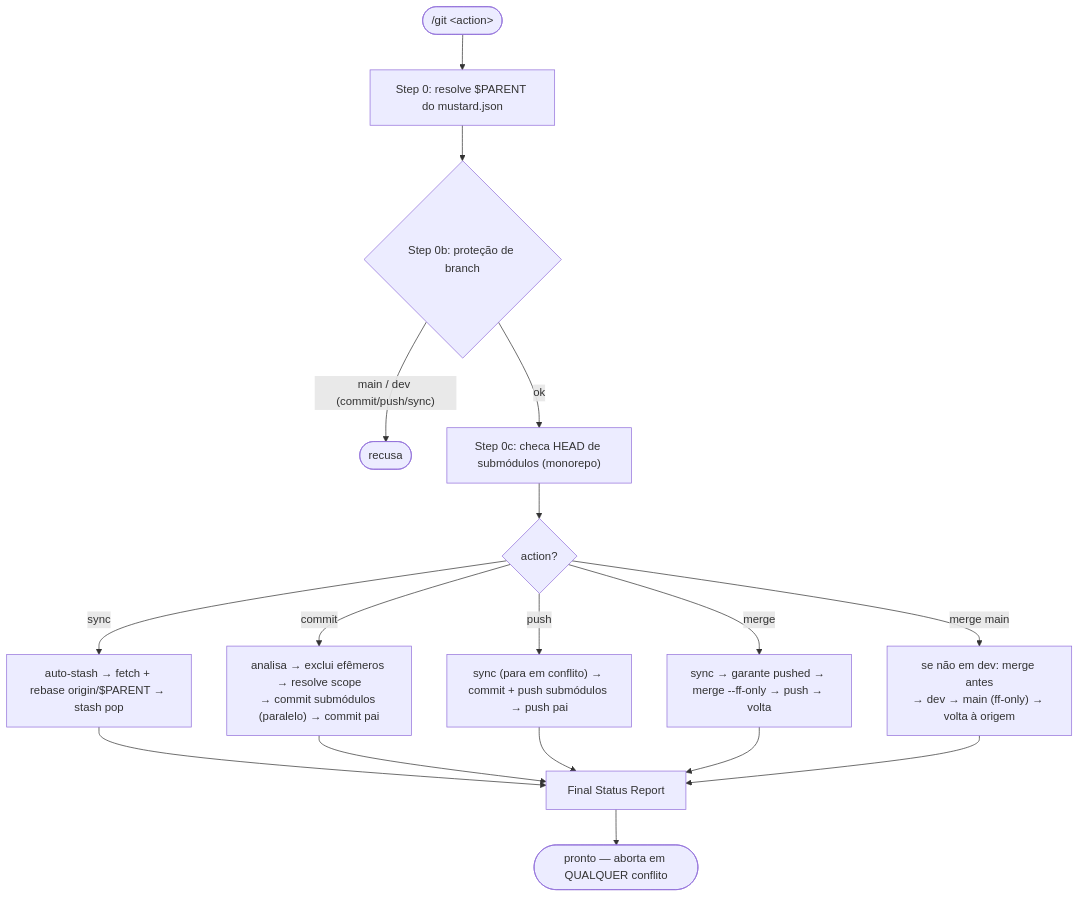
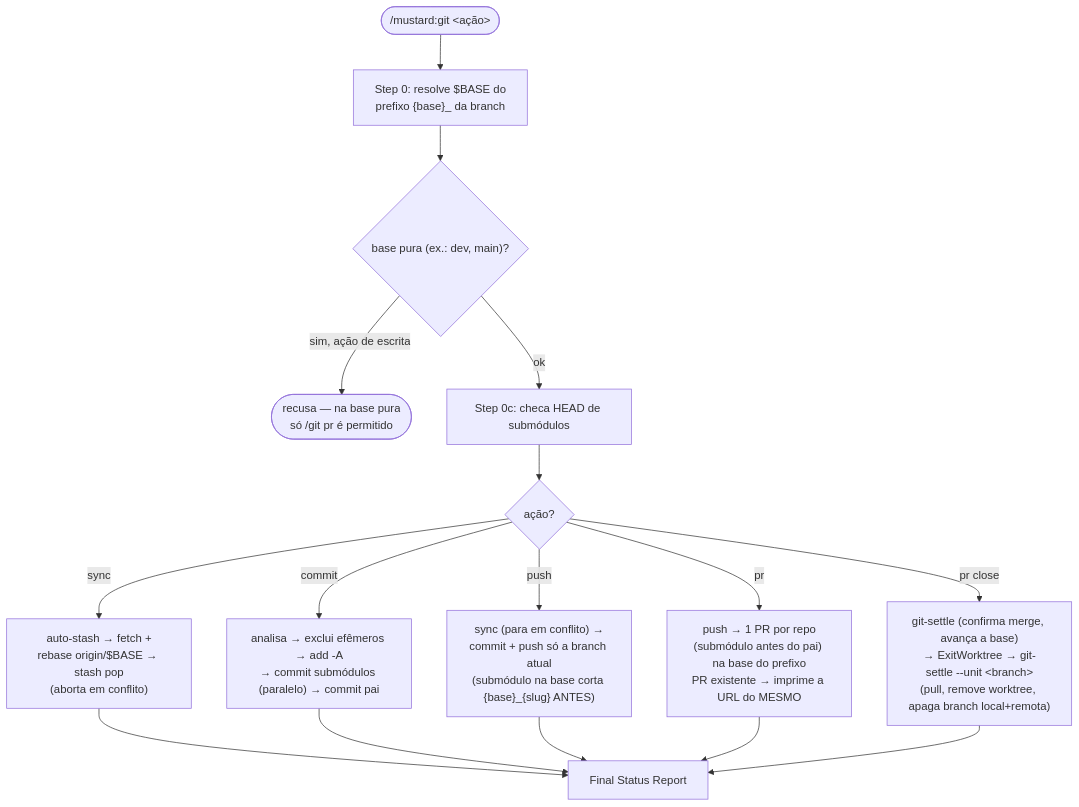
Diagram 13 of 20 in MUSTARD-COMMANDS.md (rubensrpj/mustard), drawn with Mermaid before and after one commit. The commit also changed other lines of this file and 35 other files, not shown here.

````diff
--- a/MUSTARD-COMMANDS.md
+++ b/MUSTARD-COMMANDS.md
@@ -419,21 +482,20 @@
 ```mermaid
 flowchart TD
-    start(["/git &lt;action&gt;"]) --> s0["Step 0: resolve $PARENT do mustard.json"]
-    s0 --> prot{"Step 0b: proteção de branch"}
-    prot -->|"main / dev (commit/push/sync)"| refuse(["recusa"])
-    prot -->|ok| sub["Step 0c: checa HEAD de submódulos (monorepo)"]
+    start(["/mustard:git &lt;ação&gt;"]) --> s0["Step 0: resolve $BASE do<br/>prefixo {base}_ da branch"]
+    s0 --> prot{"base pura (ex.: dev, main)?"}
+    prot -->|"sim, ação de escrita"| refuse(["recusa — na base pura<br/>só /git pr é permitido"])
+    prot -->|ok| sub["Step 0c: checa HEAD de submódulos"]
 
-    sub --> action{"action?"}
-    action -->|sync| sync["auto-stash → fetch + rebase origin/$PARENT → stash pop"]
-    action -->|commit| commit["analisa → exclui efêmeros → resolve scope<br/>→ commit submódulos (paralelo) → commit pai"]
-    action -->|push| push["sync (para em conflito) → commit + push submódulos → push pai"]
-    action -->|merge| merge["sync → garante pushed → merge --ff-only → push → volta"]
-    action -->|"merge main"| mergemain["se não em dev: merge antes<br/>→ dev → main (ff-only) → volta à origem"]
+    sub --> action{"ação?"}
+    action -->|sync| sync["auto-stash → fetch +<br/>rebase origin/$BASE → stash pop<br/>(aborta em conflito)"]
+    action -->|commit| commit["analisa → exclui efêmeros → add -A<br/>→ commit submódulos (paralelo) → commit pai"]
+    action -->|push| push["sync (para em conflito) →<br/>commit + push só a branch atual<br/>(submódulo na base corta {base}_{slug} ANTES)"]
+    action -->|pr| pr["push → 1 PR por repo<br/>(submódulo antes do pai) na base do prefixo<br/>PR existente → imprime a URL do MESMO"]
+    action -->|"pr close"| settle["git-settle (confirma merge, avança a base)<br/>→ ExitWorktree → git-settle --unit &lt;branch&gt;<br/>(pull, remove worktree, apaga branch local+remota)"]
 
-    sync --> report["Final Status Report"]
-    commit --> report
-    push --> report
-    merge --> report
-    mergemain --> report
-    report --> done(["pronto — aborta em QUALQUER conflito"])
+    sync --> reportx["Final Status Report"]
+    commit --> reportx
+    push --> reportx
+    pr --> reportx
+    settle --> reportx
 ```
````
